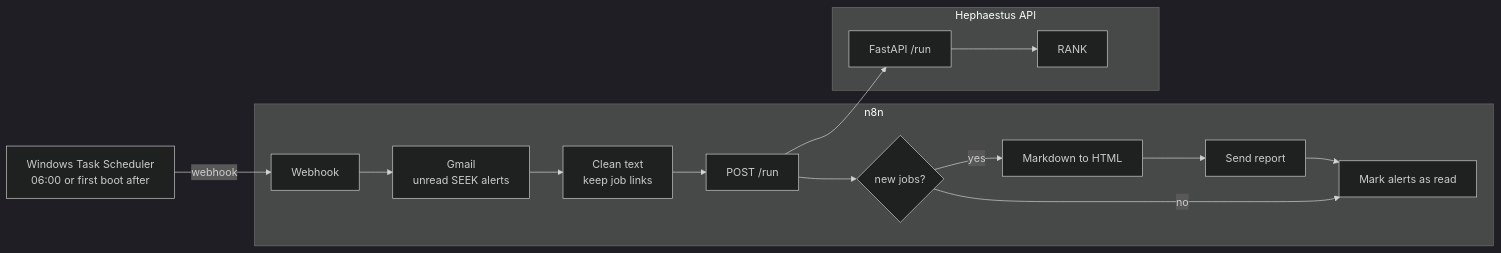
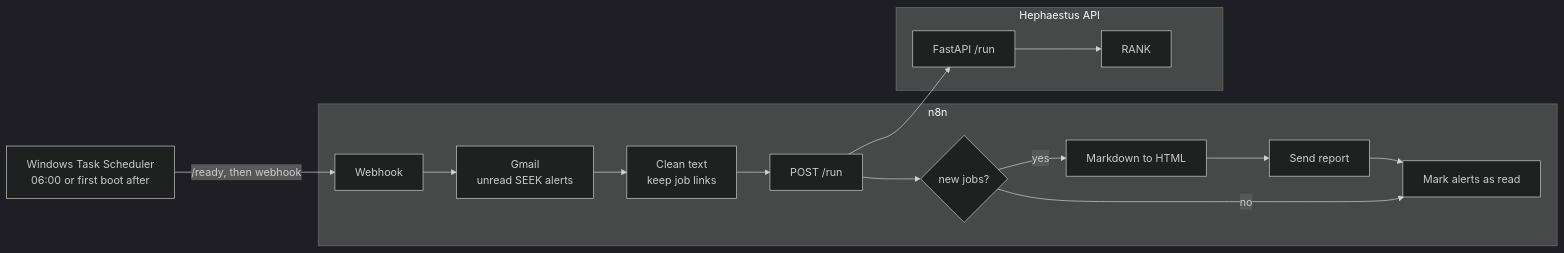
Before and after one commit to JTTrinborg/hephaestus: the first of 4 diagrams in README.md, drawn with Mermaid (dark theme). The commit also changed other lines of this file and 9 other files, not shown here.

````diff
--- a/README.md
+++ b/README.md
@@ -13,20 +13,20 @@
 ```mermaid
 flowchart LR
-    TS[Windows Task Scheduler<br/>06:00 or first boot after] -->|webhook| WH
+    TS[Windows Task Scheduler<br/>06:00 or first boot after] -->|/ready, then webhook| WH
 
     subgraph n8n
         WH[Webhook] --> GM[Gmail<br/>unread SEEK alerts]
         GM --> CL[Clean text<br/>keep job links]
         CL --> HR[POST /run]
         HR --> IF{new jobs?}
         IF -->|yes| MD[Markdown to HTML] --> SE[Send report]
         SE --> MR[Mark alerts as read]
         IF -->|no| MR
     end
 
     HR --> API
 
     subgraph Hephaestus API
         API[FastAPI /run] --> RANK
     end
 ```
````
